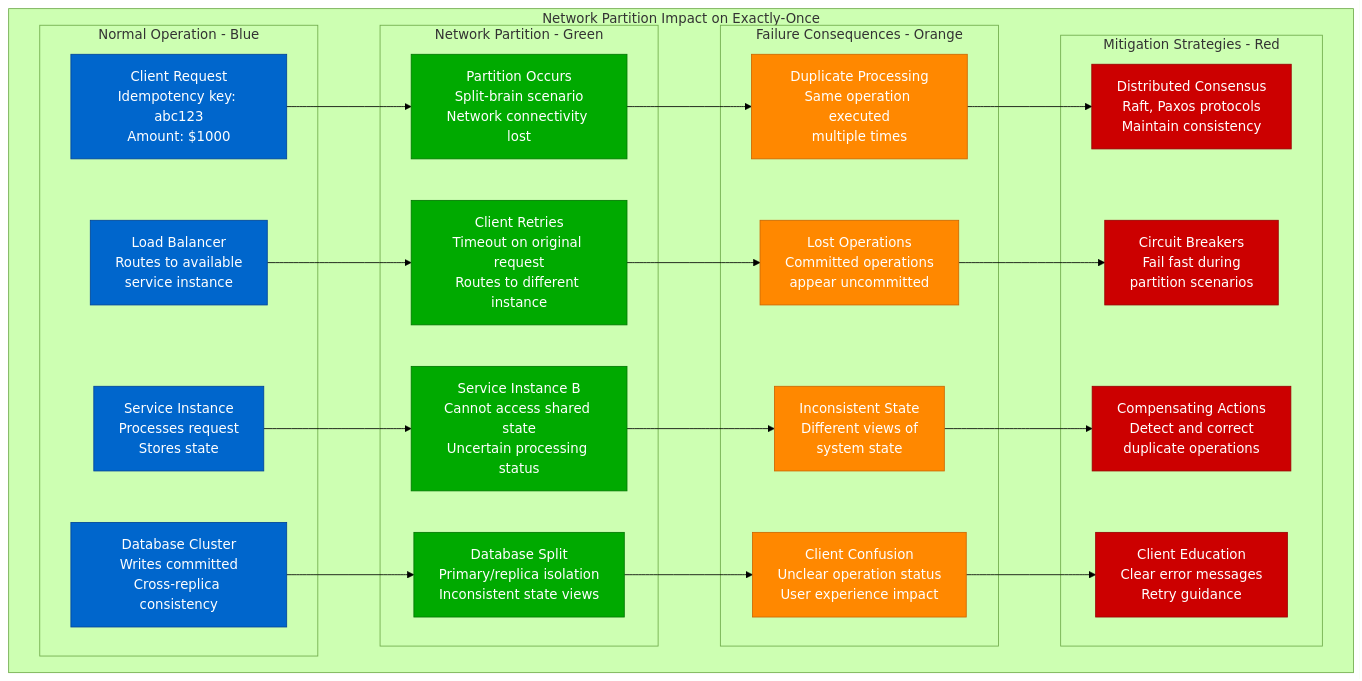
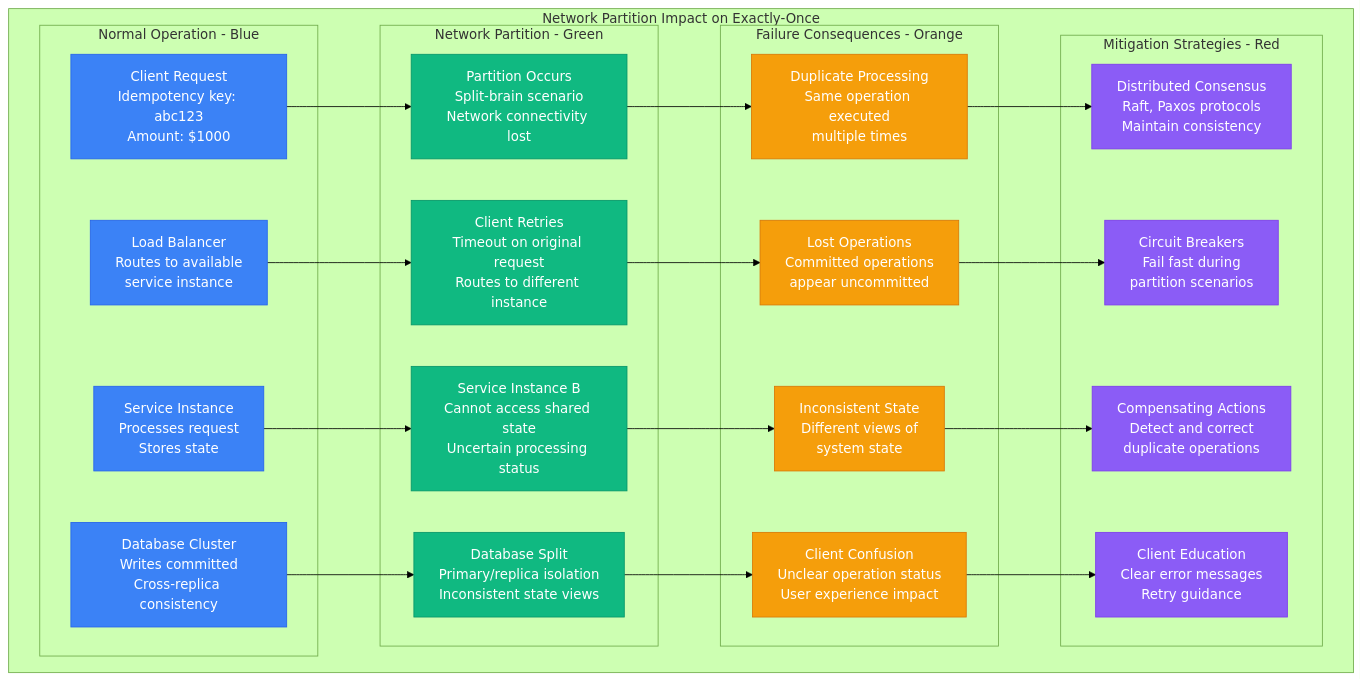
One commit to deepaucksharma/DS changed the first of 9 diagrams in site/docs/guarantees/exactly-once/exactly-once-failures.md. Above: the diagram before and after it, drawn with Mermaid (forest theme). The commit also changed other lines of this file and 303 other files, not shown here.

````diff
--- a/site/docs/guarantees/exactly-once/exactly-once-failures.md
+++ b/site/docs/guarantees/exactly-once/exactly-once-failures.md
@@ -9,58 +9,58 @@
 ```mermaid
 graph TB
     subgraph NetworkPartitionScenario[Network Partition Impact on Exactly-Once]
         subgraph NormalOperation[Normal Operation - Blue]
             NO1[Client Request<br/>Idempotency key: abc123<br/>Amount: $1000]
             NO2[Load Balancer<br/>Routes to available<br/>service instance]
             NO3[Service Instance<br/>Processes request<br/>Stores state]
             NO4[Database Cluster<br/>Writes committed<br/>Cross-replica consistency]
         end
 
         subgraph PartitionScenario[Network Partition - Green]
             PS1[Partition Occurs<br/>Split-brain scenario<br/>Network connectivity lost]
             PS2[Client Retries<br/>Timeout on original request<br/>Routes to different instance]
             PS3[Service Instance B<br/>Cannot access shared state<br/>Uncertain processing status]
             PS4[Database Split<br/>Primary/replica isolation<br/>Inconsistent state views]
         end
 
         subgraph FailureConsquences[Failure Consequences - Orange]
             FC1[Duplicate Processing<br/>Same operation executed<br/>multiple times]
             FC2[Lost Operations<br/>Committed operations<br/>appear uncommitted]
             FC3[Inconsistent State<br/>Different views of<br/>system state]
             FC4[Client Confusion<br/>Unclear operation status<br/>User experience impact]
         end
 
         subgraph MitigationStrategies[Mitigation Strategies - Red]
             MS1[Distributed Consensus<br/>Raft, Paxos protocols<br/>Maintain consistency]
             MS2[Circuit Breakers<br/>Fail fast during<br/>partition scenarios]
             MS3[Compensating Actions<br/>Detect and correct<br/>duplicate operations]
             MS4[Client Education<br/>Clear error messages<br/>Retry guidance]
         end
     end
 
     NO1 --> PS1
     NO2 --> PS2
     NO3 --> PS3
     NO4 --> PS4
 
     PS1 --> FC1
     PS2 --> FC2
     PS3 --> FC3
     PS4 --> FC4
 
     FC1 --> MS1
     FC2 --> MS2
     FC3 --> MS3
     FC4 --> MS4
 
     %% Apply 4-plane colors
-    classDef normalStyle fill:#0066CC,stroke:#004499,color:#fff
-    classDef partitionStyle fill:#00AA00,stroke:#007700,color:#fff
-    classDef consequenceStyle fill:#FF8800,stroke:#CC6600,color:#fff
-    classDef mitigationStyle fill:#CC0000,stroke:#990000,color:#fff
+    classDef normalStyle fill:#3B82F6,stroke:#2563EB,color:#fff
+    classDef partitionStyle fill:#10B981,stroke:#059669,color:#fff
+    classDef consequenceStyle fill:#F59E0B,stroke:#D97706,color:#fff
+    classDef mitigationStyle fill:#8B5CF6,stroke:#7C3AED,color:#fff
 
     class NO1,NO2,NO3,NO4 normalStyle
     class PS1,PS2,PS3,PS4 partitionStyle
     class FC1,FC2,FC3,FC4 consequenceStyle
     class MS1,MS2,MS3,MS4 mitigationStyle
 ```
````
